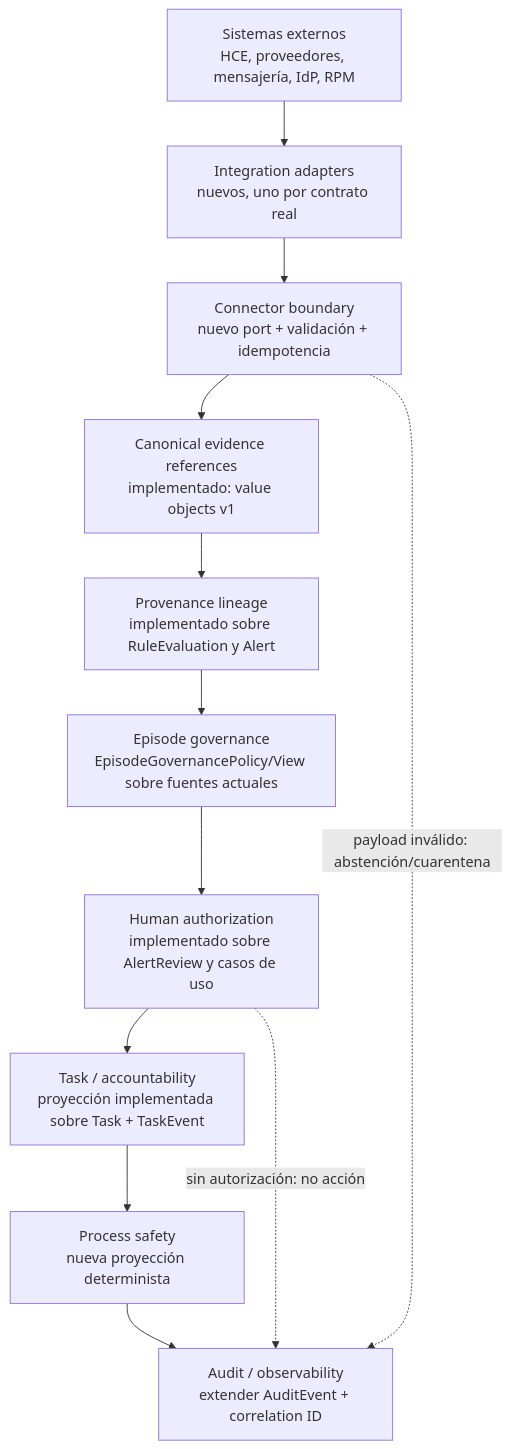
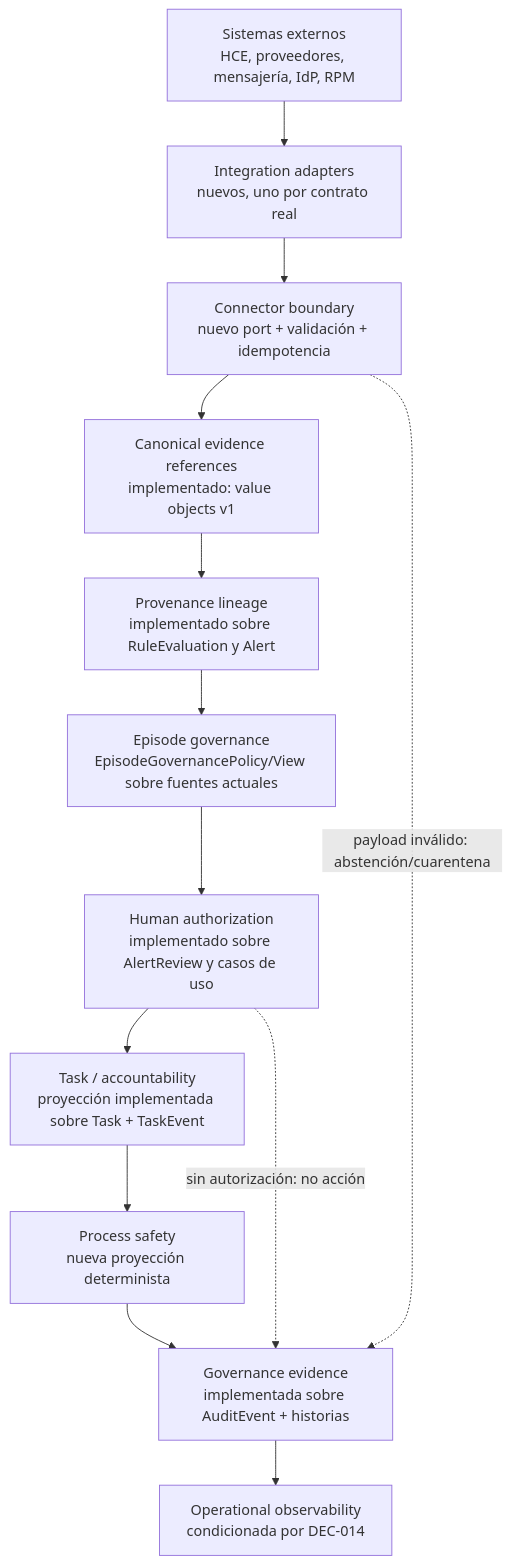
One commit to Luis195f/guardian-alta-segura changed the first of 2 diagrams in docs/architecture/gas2-target-architecture.md. Above: the diagram before and after it, drawn with Mermaid. The commit also changed other lines of this file and 24 other files, not shown here.

Commit message:
feat(gas2): add governance evidence view (#18)

````diff
--- a/docs/architecture/gas2-target-architecture.md
+++ b/docs/architecture/gas2-target-architecture.md
@@ -12,26 +12,28 @@
 ```mermaid
 flowchart TB
   EXT["Sistemas externos<br/>HCE, proveedores, mensajería, IdP, RPM"]
   ADAPTERS["Integration adapters<br/>nuevos, uno por contrato real"]
   CONNECTOR["Connector boundary<br/>nuevo port + validación + idempotencia"]
   SIGNAL["Canonical evidence references<br/>implementado: value objects v1"]
   PROV["Provenance lineage<br/>implementado sobre RuleEvaluation y Alert"]
   EPISODE["Episode governance<br/>EpisodeGovernancePolicy/View sobre fuentes actuales"]
   HUMAN["Human authorization<br/>implementado sobre AlertReview y casos de uso"]
   TASK["Task / accountability<br/>proyección implementada sobre Task + TaskEvent"]
   PROCESS["Process safety<br/>nueva proyección determinista"]
-  EVIDENCE["Audit / observability<br/>extender AuditEvent + correlation ID"]
+  EVIDENCE["Governance evidence<br/>implementada sobre AuditEvent + historias"]
+  OBS["Operational observability<br/>condicionada por DEC-014"]
 
   EXT --> ADAPTERS
   ADAPTERS --> CONNECTOR
   CONNECTOR --> SIGNAL
   SIGNAL --> PROV
   PROV --> EPISODE
   EPISODE --> HUMAN
   HUMAN --> TASK
   TASK --> PROCESS
   PROCESS --> EVIDENCE
+  EVIDENCE --> OBS
 
   HUMAN -. "sin autorización: no acción" .-> EVIDENCE
   CONNECTOR -. "payload inválido: abstención/cuarentena" .-> EVIDENCE
 ```
````
